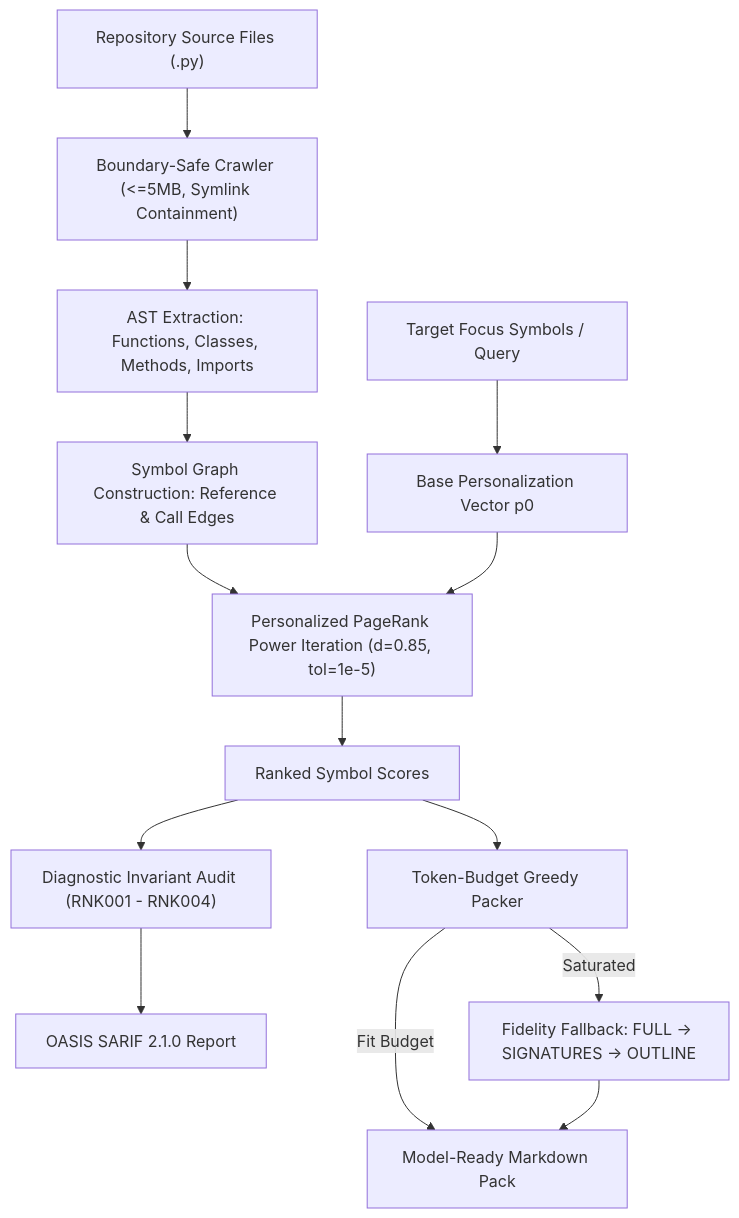
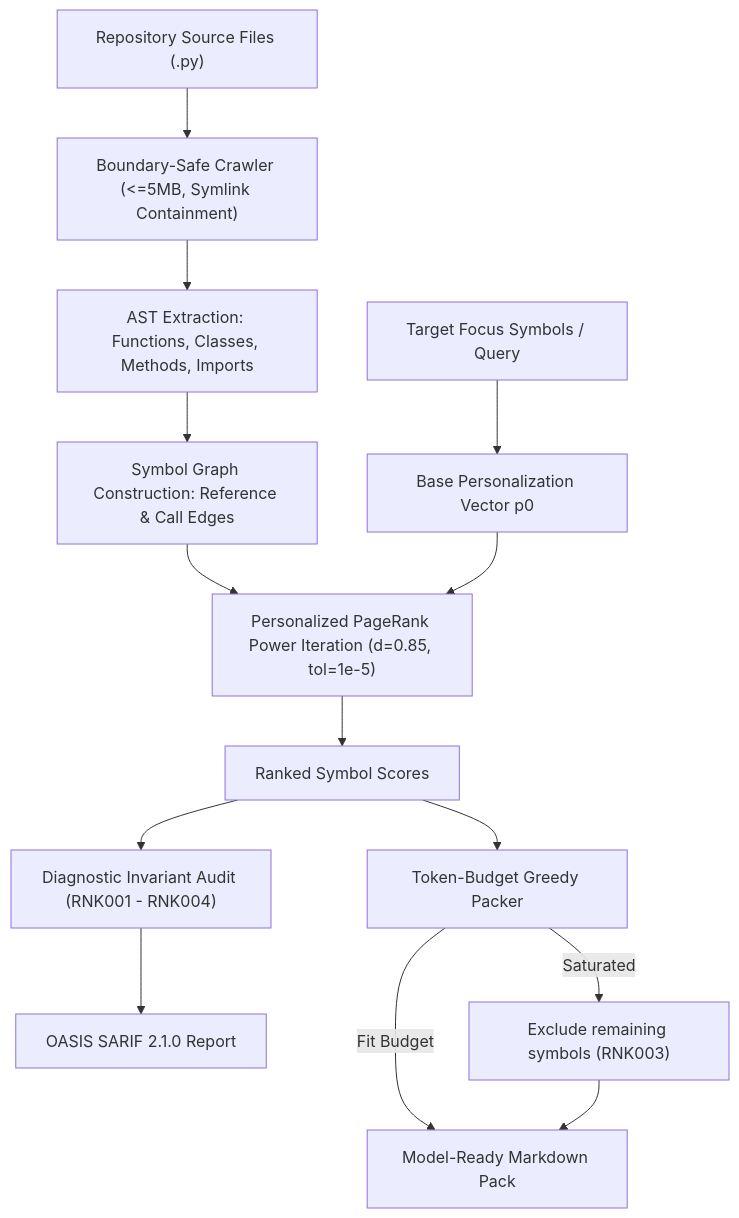
Before and after one commit to dan-petty/vibes: the diagram in examples/ast-relevance-context-ranker/README.md, drawn with Mermaid. The commit also changed other lines of this file and 248 other files, not shown here.

````diff
--- a/examples/ast-relevance-context-ranker/README.md
+++ b/examples/ast-relevance-context-ranker/README.md
@@ -23,19 +23,19 @@
 ```mermaid
 flowchart TD
     Repo["Repository Source Files (.py)"] --> Crawl["Boundary-Safe Crawler (<=5MB, Symlink Containment)"]
     Crawl --> Parse["AST Extraction: Functions, Classes, Methods, Imports"]
     Parse --> Graph["Symbol Graph Construction: Reference & Call Edges"]
 
     Query["Target Focus Symbols / Query"] --> P0["Base Personalization Vector p0"]
     Graph --> PPR["Personalized PageRank Power Iteration (d=0.85, tol=1e-5)"]
     P0 --> PPR
 
     PPR --> Centrality["Ranked Symbol Scores"]
     Centrality --> Invariants["Diagnostic Invariant Audit (RNK001 - RNK004)"]
     Centrality --> BudgetPack["Token-Budget Greedy Packer"]
 
     BudgetPack -->|"Fit Budget"| Render["Model-Ready Markdown Pack"]
-    BudgetPack -->|"Saturated"| Degrade["Fidelity Fallback: FULL -> SIGNATURES -> OUTLINE"]
-    Degrade --> Render
+    BudgetPack -->|"Saturated"| Exclude["Exclude remaining symbols (RNK003)"]
+    Exclude --> Render
     Invariants --> SARIF["OASIS SARIF 2.1.0 Report"]
 ```
````
